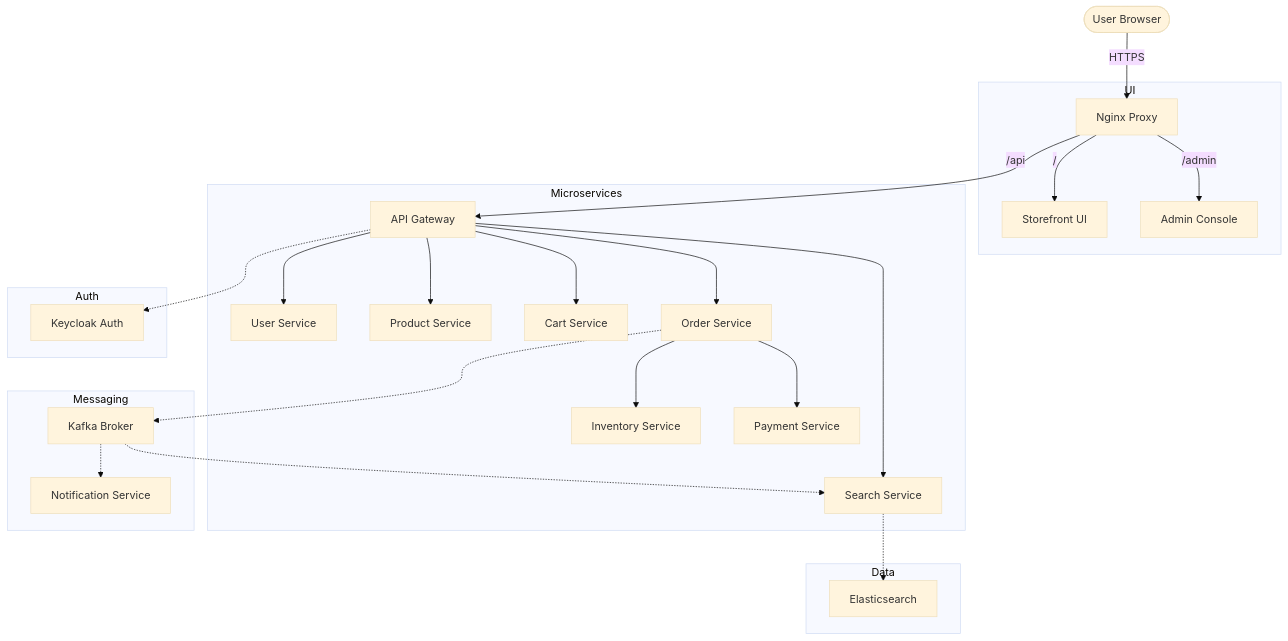
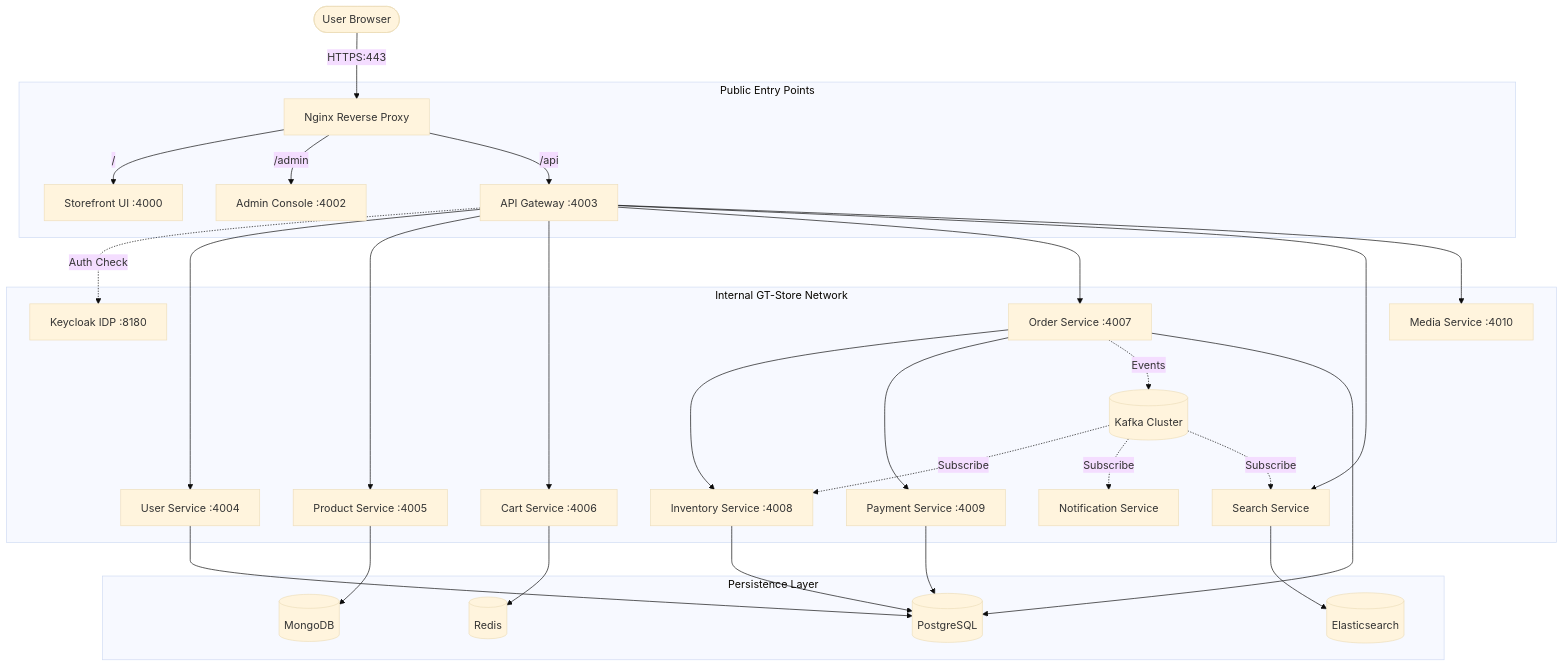
The first of 3 diagrams in README.md (ncrkindia/gt-store), drawn with Mermaid (base theme) before and after one commit. The commit also changed other lines of this file and 130 other files, not shown here.

First line of the commit message:
feat(platform): implement media-service, razorpay integration, and storefront UI overhaul

````diff
--- a/README.md
+++ b/README.md
@@ -32,35 +15,37 @@
 ```mermaid
 flowchart TD
-    Client([User Browser]) -->|HTTPS| Nginx[Nginx Proxy]
+    User([User Browser]) -->|HTTPS:443| Nginx[Nginx Reverse Proxy]
     
-    subgraph UI
-        Nginx -->|/| Web[Storefront UI]
-        Nginx -->|/admin| Admin[Admin Console]
+    subgraph Public_Entry["Public Entry Points"]
+        Nginx -->|/| Web[Storefront UI :4000]
+        Nginx -->|/admin| AdminWeb[Admin Console :4002]
+        Nginx -->|/api| Gateway[API Gateway :4003]
     end
-    
-    Nginx -->|/api| Gateway[API Gateway]
-    
-    subgraph Microservices
-        Gateway --> User[User Service]
-        Gateway --> Product[Product Service]
-        Gateway --> Search[Search Service]
-        Gateway --> Cart[Cart Service]
-        Gateway --> Order[Order Service]
-        Order --> IS[Inventory Service]
-        Order --> PS[Payment Service]
+
+    subgraph Internal_Network["Internal GT-Store Network"]
+        Gateway -.->|Auth Check| KC[Keycloak IDP :8180]
+        
+        Gateway --> UserSvc[User Service :4004]
+        Gateway --> ProductSvc[Product Service :4005]
+        Gateway --> CartSvc[Cart Service :4006]
+        Gateway --> OrderSvc[Order Service :4007]
+        Gateway --> SearchSvc[Search Service]
+        Gateway --> MediaSvc[Media Service :4010]
+        
+        OrderSvc --> InvSvc[Inventory Service :4008]
+        OrderSvc --> PaySvc[Payment Service :4009]
+        
+        Kafka[(Kafka Cluster)]
+        OrderSvc -.->|Events| Kafka
+        Kafka -.->|Subscribe| InvSvc
+        Kafka -.->|Subscribe| NotifySvc[Notification Service]
+        Kafka -.->|Subscribe| SearchSvc
     end
-    
-    subgraph Messaging
-        Order -.-> Kafka[Kafka Broker]
-        Kafka -.-> NS[Notification Service]
-        Kafka -.-> Search
-    end
-    
-    subgraph Data
-        Search -.-> ES[Elasticsearch]
-    end
-    
-    subgraph Auth
-        Gateway -.-> KC[Keycloak Auth]
+
+    subgraph Persistance["Persistence Layer"]
+        UserSvc & OrderSvc & InvSvc & PaySvc --> PG[(PostgreSQL)]
+        ProductSvc --> Mongo[(MongoDB)]
+        CartSvc --> Redis[(Redis)]
+        SearchSvc --> ES[(Elasticsearch)]
     end
 ```
````
